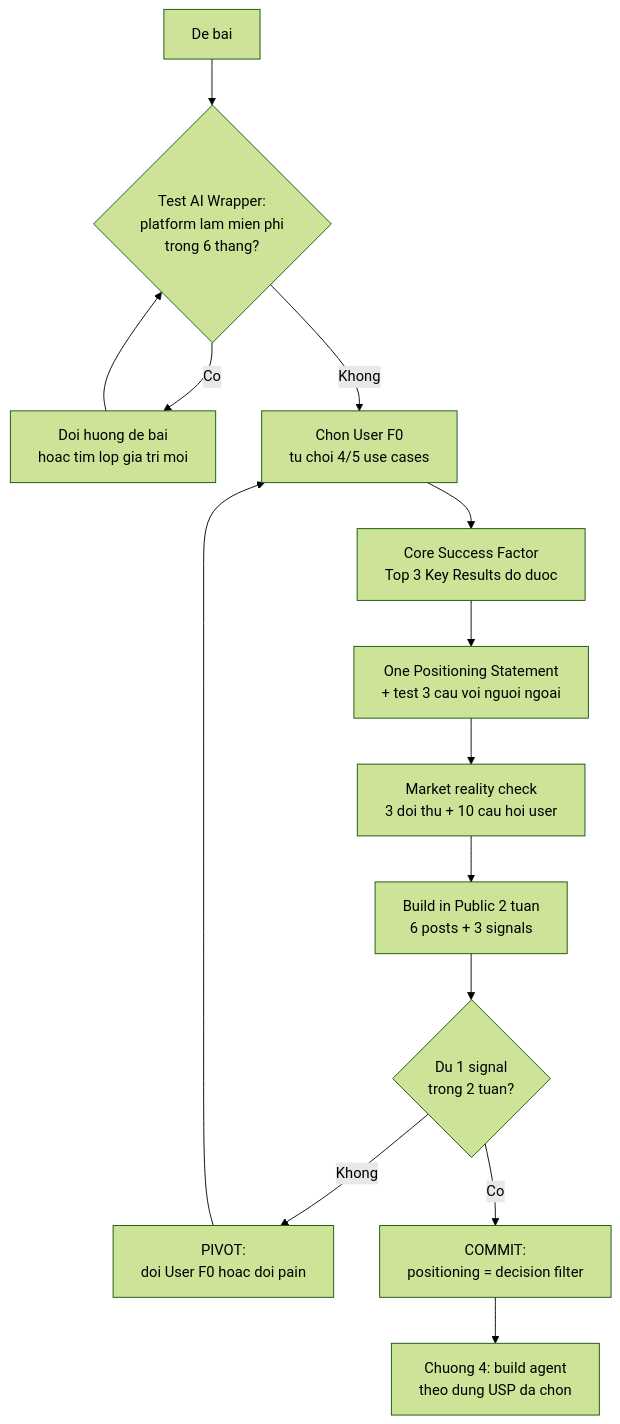
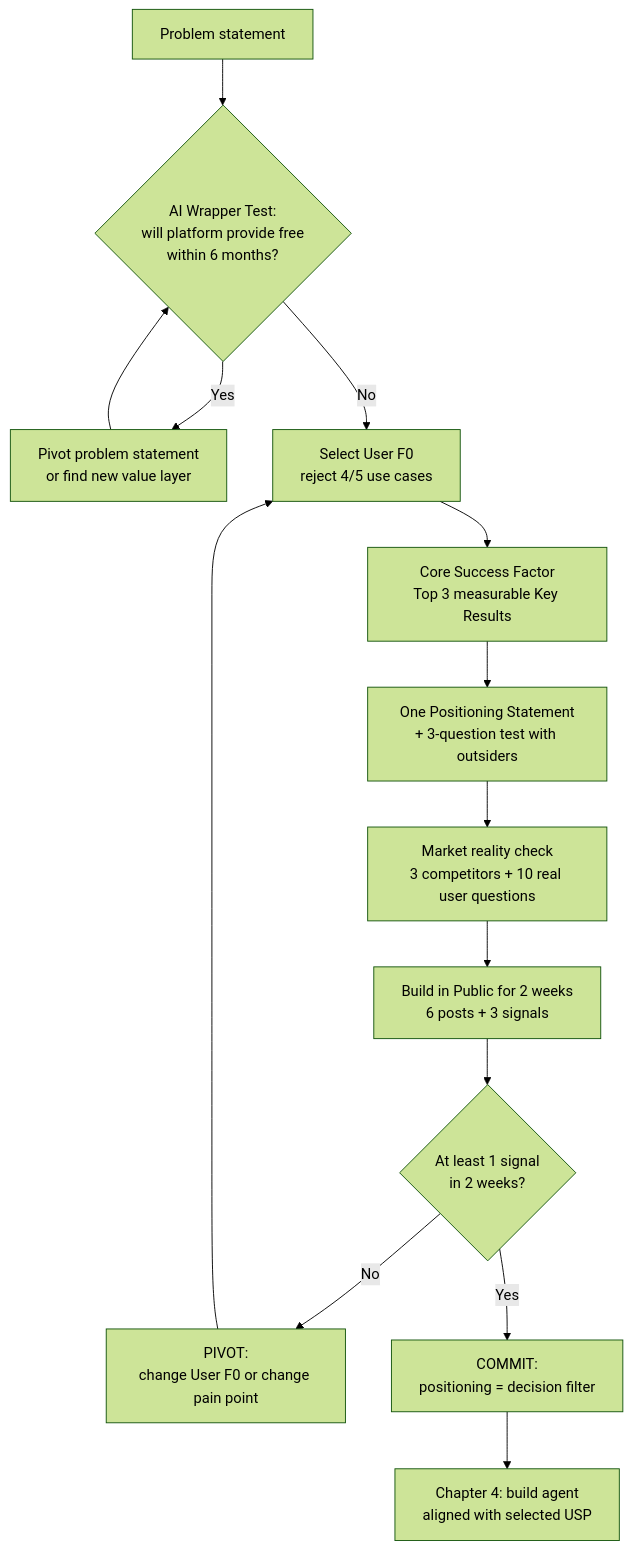
Before and after one commit to Dokhacgiakhoa/Project-Builder-4-Agents: the diagram in knowledge-base/technical-book/chapter-05.md, drawn with Mermaid (forest theme). The commit also changed other lines of this file and 62 other files, not shown here.

````diff
--- a/knowledge-base/technical-book/chapter-05.md
+++ b/knowledge-base/technical-book/chapter-05.md
@@ -16,14 +16,14 @@
 ```mermaid
 flowchart TD
-    A["De bai"] --> B{"Test AI Wrapper:<br/>platform lam mien phi<br/>trong 6 thang?"}
-    B -- "Co" --> B1["Doi huong de bai<br/>hoac tim lop gia tri moi"] --> B
-    B -- "Khong" --> C["Chon User F0<br/>tu choi 4/5 use cases"]
-    C --> D["Core Success Factor<br/>Top 3 Key Results do duoc"]
-    D --> E["One Positioning Statement<br/>+ test 3 cau voi nguoi ngoai"]
-    E --> F["Market reality check<br/>3 doi thu + 10 cau hoi user"]
-    F --> G["Build in Public 2 tuan<br/>6 posts + 3 signals"]
-    G --> H{"Du 1 signal<br/>trong 2 tuan?"}
-    H -- "Khong" --> P["PIVOT:<br/>doi User F0 hoac doi pain"] --> C
-    H -- "Co" --> I["COMMIT:<br/>positioning = decision filter"]
-    I --> J["Chuong 4: build agent<br/>theo dung USP da chon"]
+    A["Problem statement"] --> B{"AI Wrapper Test:<br/>will platform provide free<br/>within 6 months?"}
+    B -- "Yes" --> B1["Pivot problem statement<br/>or find new value layer"] --> B
+    B -- "No" --> C["Select User F0<br/>reject 4/5 use cases"]
+    C --> D["Core Success Factor<br/>Top 3 measurable Key Results"]
+    D --> E["One Positioning Statement<br/>+ 3-question test with outsiders"]
+    E --> F["Market reality check<br/>3 competitors + 10 real user questions"]
+    F --> G["Build in Public for 2 weeks<br/>6 posts + 3 signals"]
+    G --> H{"At least 1 signal<br/>in 2 weeks?"}
+    H -- "No" --> P["PIVOT:<br/>change User F0 or change pain point"] --> C
+    H -- "Yes" --> I["COMMIT:<br/>positioning = decision filter"]
+    I --> J["Chapter 4: build agent<br/>aligned with selected USP"]
 ```
````
